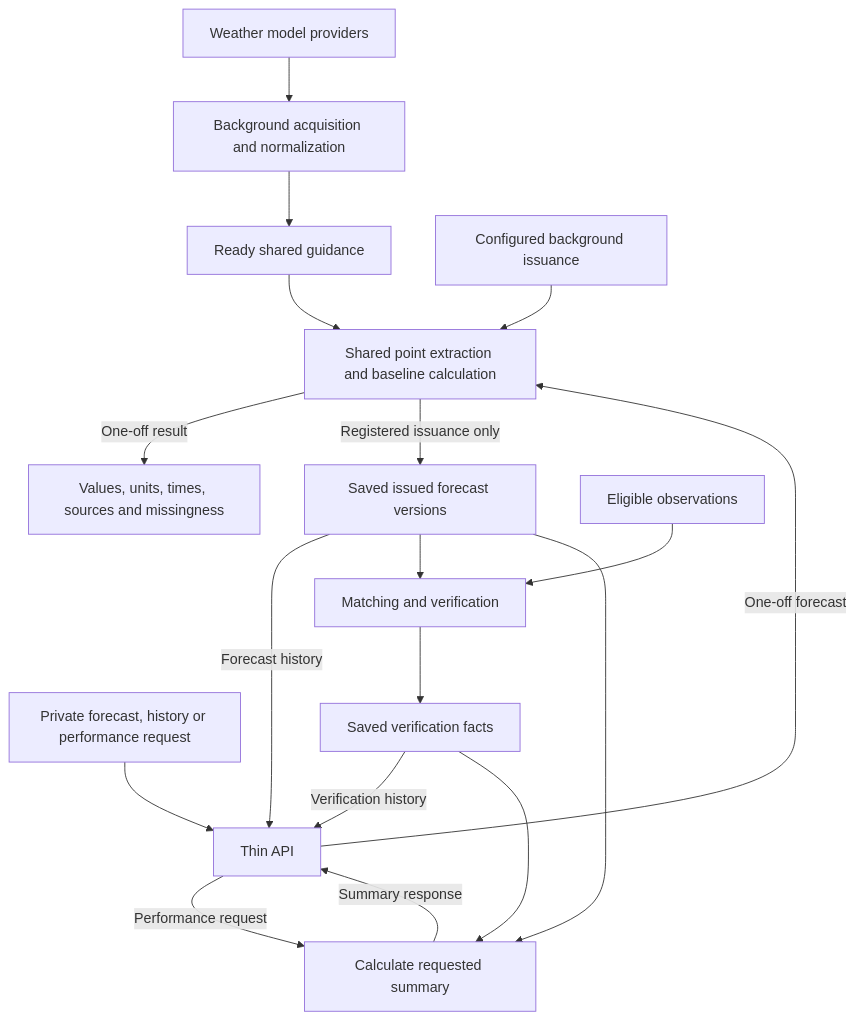
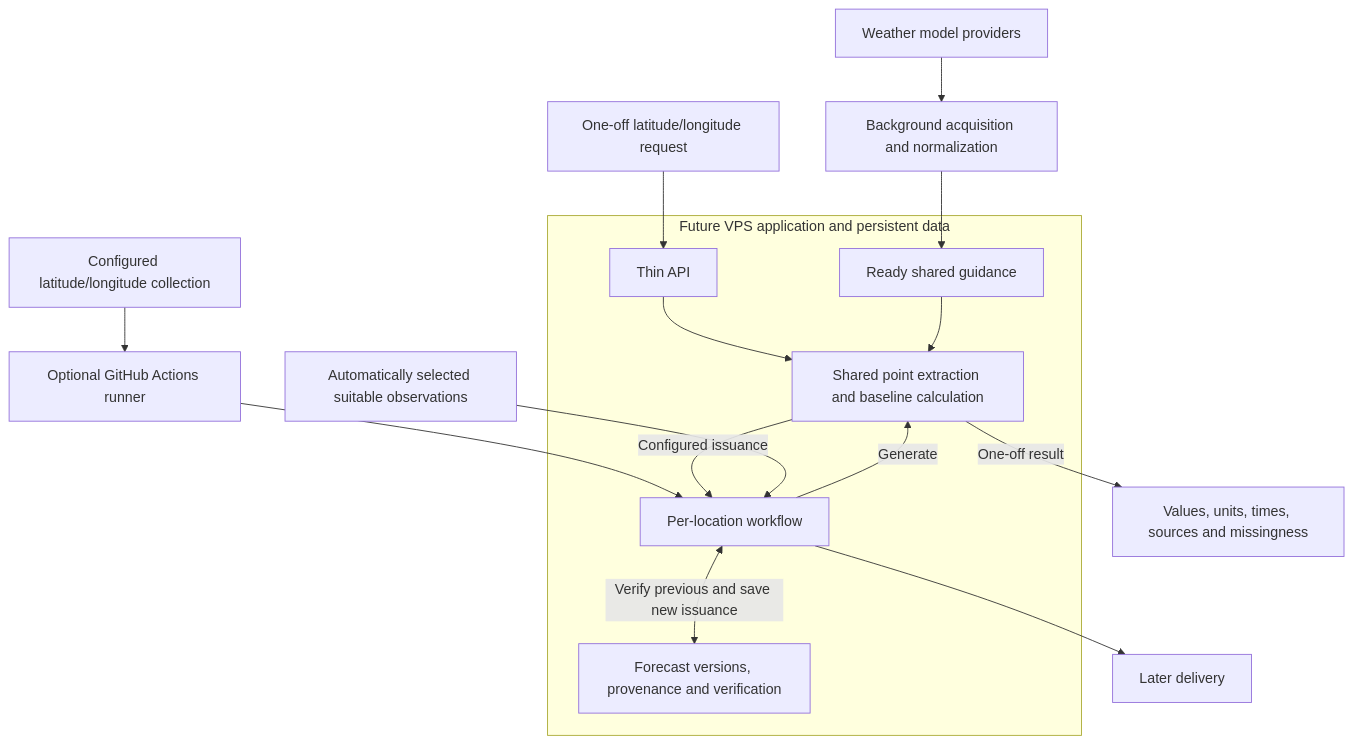
One commit to Tony-Ingle/mesoforge changed the diagram in VISION.md. Above: the diagram before and after it, drawn with Mermaid. The commit also changed other lines of this file and 2 other files, not shown here.

Commit message:
Document intended coordinate-driven forecast workflow

````diff
--- a/VISION.md
+++ b/VISION.md
@@ -63,20 +112,18 @@
 ```mermaid
 flowchart TD
     Models[Weather model providers] --> Prepare[Background acquisition and normalization]
     Prepare --> Guidance[Ready shared guidance]
-    Request[Private forecast, history or performance request] --> API[Thin API]
-    Guidance --> Baseline[Shared point extraction and baseline calculation]
-    API -->|One-off forecast| Baseline
-    Issuance[Configured background issuance] --> Baseline
+    Locations[Configured latitude/longitude collection] --> Runner[Optional GitHub Actions runner]
+    Runner --> Workflow[Per-location workflow]
+    Request[One-off latitude/longitude request] --> API[Thin API]
+    subgraph VPS[Future VPS application and persistent data]
+        API --> Baseline[Shared point extraction and baseline calculation]
+        Guidance --> Baseline
+        Workflow -->|Generate| Baseline
+        Workflow <-->|Verify previous and save new issuance| History[Forecast versions, provenance and verification]
+        Baseline -->|Configured issuance| Workflow
+    end
     Baseline -->|One-off result| Response[Values, units, times, sources and missingness]
-    Baseline -->|Registered issuance only| History[Saved issued forecast versions]
-    History -->|Forecast history| API
-    Observations[Eligible observations] --> Verify[Matching and verification]
-    History --> Verify
-    Verify --> Facts[Saved verification facts]
-    Facts -->|Verification history| API
-    API -->|Performance request| Performance[Calculate requested summary]
-    History --> Performance
-    Facts --> Performance
-    Performance -->|Summary response| API
+    Observations[Automatically selected suitable observations] --> Workflow
+    Workflow --> Delivery[Later delivery]
 ```
````
